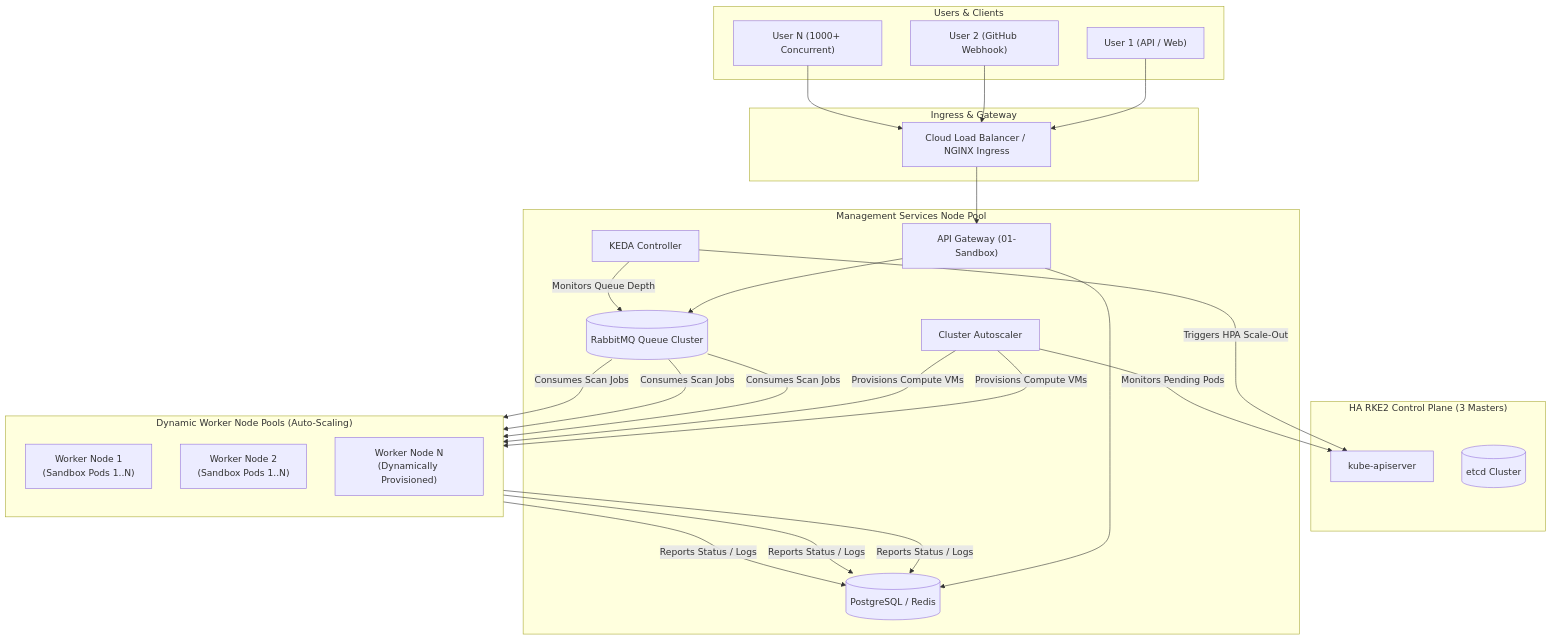
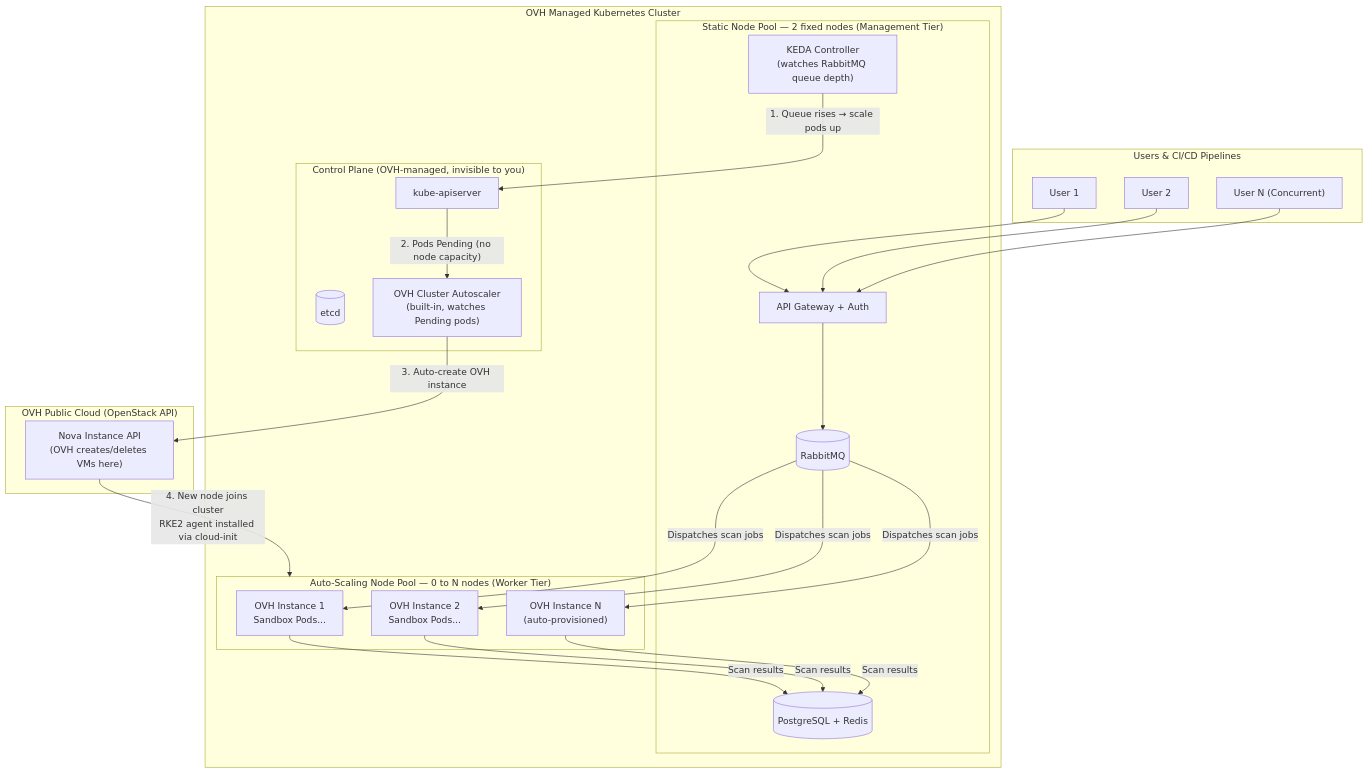
One commit to 01cloud/01-Sandbox changed the first of 6 diagrams in docs/multi-cluster.md. Above: the diagram before and after it, drawn with Mermaid. The commit also changed other lines of this file, not shown here.

````diff
--- a/docs/multi-cluster.md
+++ b/docs/multi-cluster.md
@@ -36,52 +106,48 @@
 ```mermaid
 flowchart TD
-    subgraph Clients["Users & Clients"]
-        U1["User 1 (API / Web)"]
-        U2["User 2 (GitHub Webhook)"]
-        Un["User N (1000+ Concurrent)"]
+    subgraph Users["Users & CI/CD Pipelines"]
+        U1["User 1"]
+        U2["User 2"]
+        Un["User N (Concurrent)"]
     end
 
-    subgraph IngressLayer["Ingress & Gateway"]
-        NLB["Cloud Load Balancer / NGINX Ingress"]
+    subgraph OVHManagedK8s["OVH Managed Kubernetes Cluster"]
+        subgraph ControlPlane["Control Plane (OVH-managed, invisible to you)"]
+            APIServer["kube-apiserver"]
+            ETCD[("etcd")]
+            OVH_CA["OVH Cluster Autoscaler<br/>(built-in, watches Pending pods)"]
+        end
+
+        subgraph MgmtPool["Static Node Pool — 2 fixed nodes (Management Tier)"]
+            GW["API Gateway + Auth"]
+            MQ[("RabbitMQ")]
+            DB[("PostgreSQL + Redis")]
+            KEDA["KEDA Controller<br/>(watches RabbitMQ queue depth)"]
+        end
+
+        subgraph WorkerPool["Auto-Scaling Node Pool — 0 to N nodes (Worker Tier)"]
+            W1["OVH Instance 1<br/>Sandbox Pods..."]
+            W2["OVH Instance 2<br/>Sandbox Pods..."]
+            WN["OVH Instance N<br/>(auto-provisioned)"]
+        end
     end
 
-    subgraph ControlPlane["HA RKE2 Control Plane (3 Masters)"]
-        API["kube-apiserver"]
-        ETCD[("etcd Cluster")]
+    subgraph OVHCloud["OVH Public Cloud (OpenStack API)"]
+        InstanceAPI["Nova Instance API<br/>(OVH creates/deletes VMs here)"]
     end
 
-    subgraph CoreServices["Management Services Node Pool"]
-        GW["API Gateway (01-Sandbox)"]
-        MQ[("RabbitMQ Queue Cluster")]
-        DB[("PostgreSQL / Redis")]
-        KEDA["KEDA Controller"]
-        CA["Cluster Autoscaler"]
-    end
-
-    subgraph ExecPool["Dynamic Worker Node Pools (Auto-Scaling)"]
-        direction TB
-        N1["Worker Node 1<br/>(Sandbox Pods 1..N)"]
-        N2["Worker Node 2<br/>(Sandbox Pods 1..N)"]
-        NX["Worker Node N<br/>(Dynamically Provisioned)"]
-    end
-
-    U1 --> NLB
-    U2 --> NLB
-    Un --> NLB
-    NLB --> GW
+    U1 --> GW
+    U2 --> GW
+    Un --> GW
     GW --> MQ
-    GW --> DB
-
-    KEDA -- "Monitors Queue Depth" --> MQ
-    KEDA -- "Triggers HPA Scale-Out" --> API
-    CA -- "Monitors Pending Pods" --> API
-    CA -- "Provisions Compute VMs" --> N1
-    CA -- "Provisions Compute VMs" --> NX
-
-    MQ -- "Consumes Scan Jobs" --> N1
-    MQ -- "Consumes Scan Jobs" --> N2
-    MQ -- "Consumes Scan Jobs" --> NX
-    N1 -- "Reports Status / Logs" --> DB
-    N2 -- "Reports Status / Logs" --> DB
-    NX -- "Reports Status / Logs" --> DB
+    KEDA -- "1. Queue rises → scale pods up" --> APIServer
+    APIServer -- "2. Pods Pending (no node capacity)" --> OVH_CA
+    OVH_CA -- "3. Auto-create OVH instance" --> InstanceAPI
+    InstanceAPI -- "4. New node joins cluster<br/>RKE2 agent installed via cloud-init" --> WorkerPool
+    MQ -- "Dispatches scan jobs" --> W1
+    MQ -- "Dispatches scan jobs" --> W2
+    MQ -- "Dispatches scan jobs" --> WN
+    W1 -- "Scan results" --> DB
+    W2 -- "Scan results" --> DB
+    WN -- "Scan results" --> DB
 ```
````
